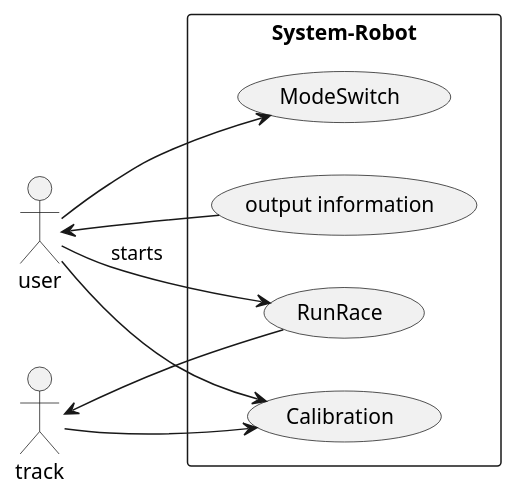
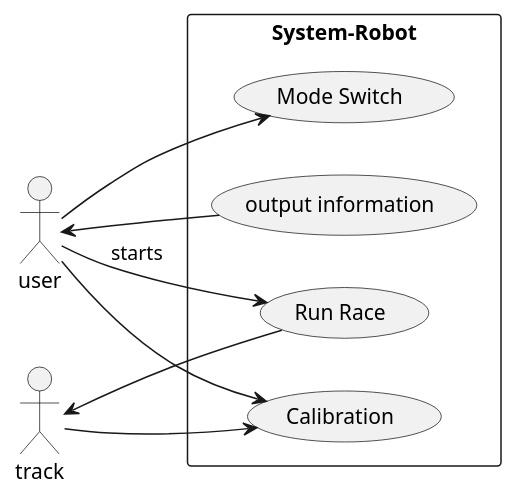
The diagram in Beistellung_Implementierung/system/UML/UML-Robot.puml (steffenhettig/GitRepo_Die_Fantastischen_Vier), drawn with PlantUML before and after one commit.

```diff
--- a/Beistellung_Implementierung/system/UML/UML-Robot.puml
+++ b/Beistellung_Implementierung/system/UML/UML-Robot.puml
@@ -1,23 +1,23 @@
 @startuml
 left to right direction
 actor "user" as h
 actor "track" as t
 
 rectangle System-Robot {
-  usecase "RunRace" as UC1
-  usecase "ModeSwitch" as UC2
+  usecase "Run Race" as UC1
+  usecase "Mode Switch" as UC2
   usecase "Calibration" as UC3
   usecase "output information" as UC4
   
 h --> UC1 : starts
 UC4 --> h
 h --> UC2
 UC1 --> t
 
 t --> UC3
 h --> UC3
 
 }
 
 
 @enduml 
```
